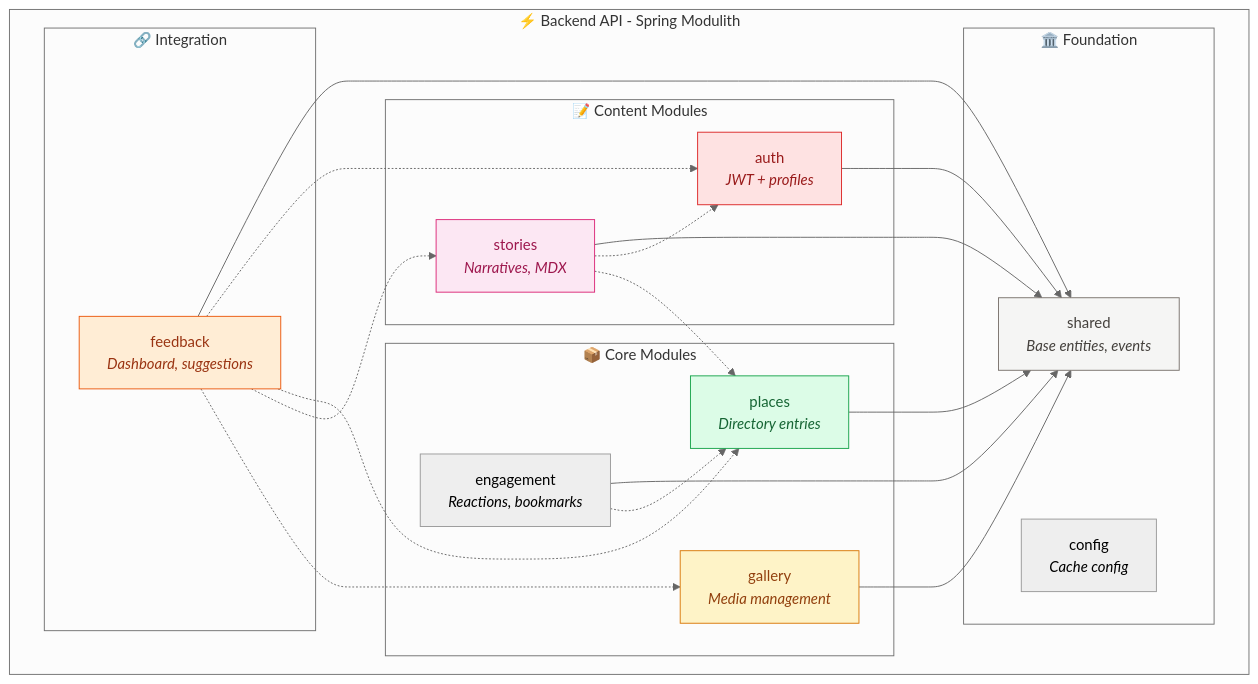
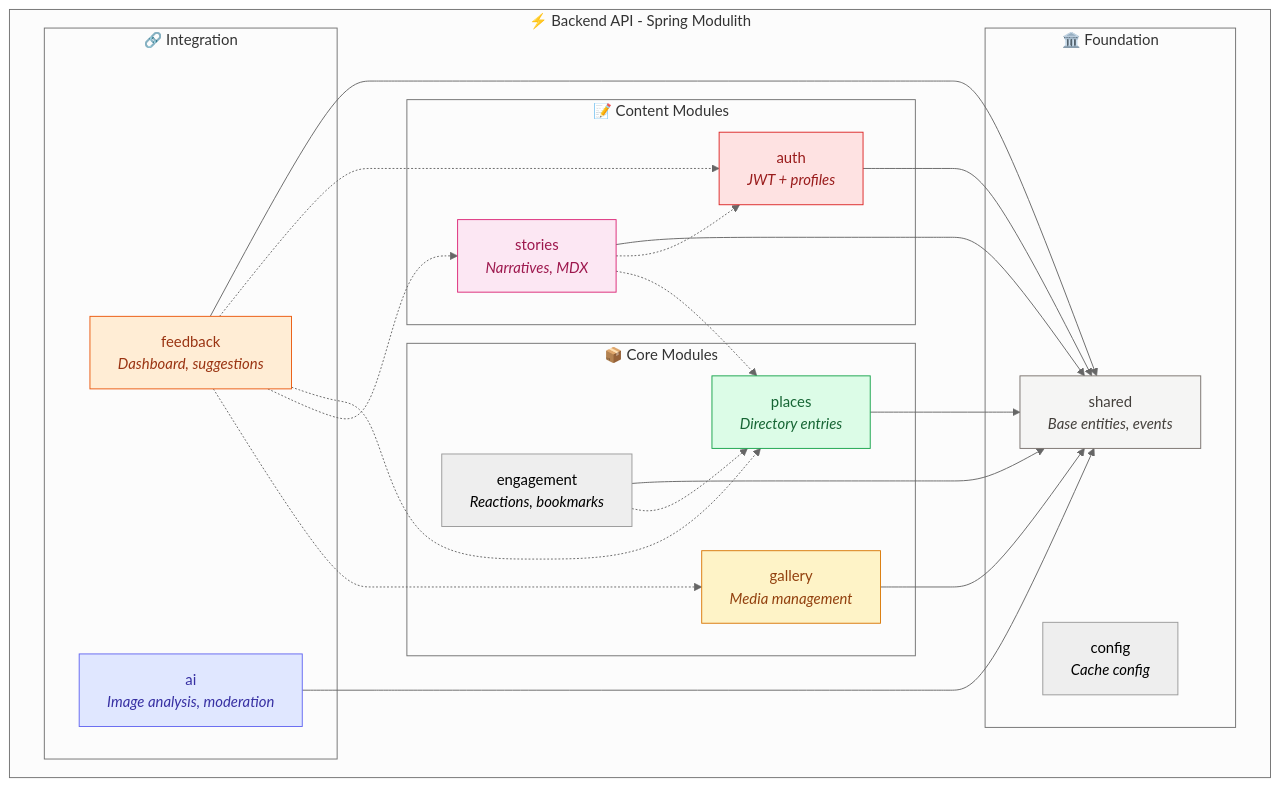
The third of 6 diagrams in docs/architecture.md (deznode/nosilha), drawn with Mermaid (neutral theme) before and after one commit. The commit also changed other lines of this file and 3 other files, not shown here.

First line of the commit message:
docs: update architecture, modulith, API, and secret docs for AI module

````diff
--- a/docs/architecture.md
+++ b/docs/architecture.md
@@ -173,45 +179,48 @@
 ```mermaid
 flowchart TB
     subgraph Backend["⚡ Backend API - Spring Modulith"]
         subgraph Foundation["🏛️ Foundation"]
             shared["shared\n<i>Base entities, events</i>"]
             config["config\n<i>Cache config</i>"]
         end
 
         subgraph Core["📦 Core Modules"]
             places["places\n<i>Directory entries</i>"]
             gallery["gallery\n<i>Media management</i>"]
             engagement["engagement\n<i>Reactions, bookmarks</i>"]
         end
 
         subgraph Content["📝 Content Modules"]
             auth["auth\n<i>JWT + profiles</i>"]
             stories["stories\n<i>Narratives, MDX</i>"]
         end
 
         subgraph Integration["🔗 Integration"]
             feedback["feedback\n<i>Dashboard, suggestions</i>"]
+            ai["ai\n<i>Image analysis, moderation</i>"]
         end
     end
 
     places --> shared
     gallery --> shared
     engagement --> shared
     engagement -.-> places
     auth --> shared
     stories --> shared
     stories -.-> auth
     stories -.-> places
     feedback --> shared
     feedback -.-> auth
     feedback -.-> places
     feedback -.-> stories
     feedback -.-> gallery
+    ai --> shared
 
     style shared fill:#f5f5f4,stroke:#78716c,color:#44403c
     style places fill:#dcfce7,stroke:#16a34a,color:#166534
     style gallery fill:#fef3c7,stroke:#d97706,color:#92400e
     style auth fill:#fee2e2,stroke:#dc2626,color:#991b1b
     style stories fill:#fce7f3,stroke:#db2777,color:#9d174d
     style feedback fill:#ffedd5,stroke:#ea580c,color:#9a3412
+    style ai fill:#e0e7ff,stroke:#6366f1,color:#3730a3
 ```
````
